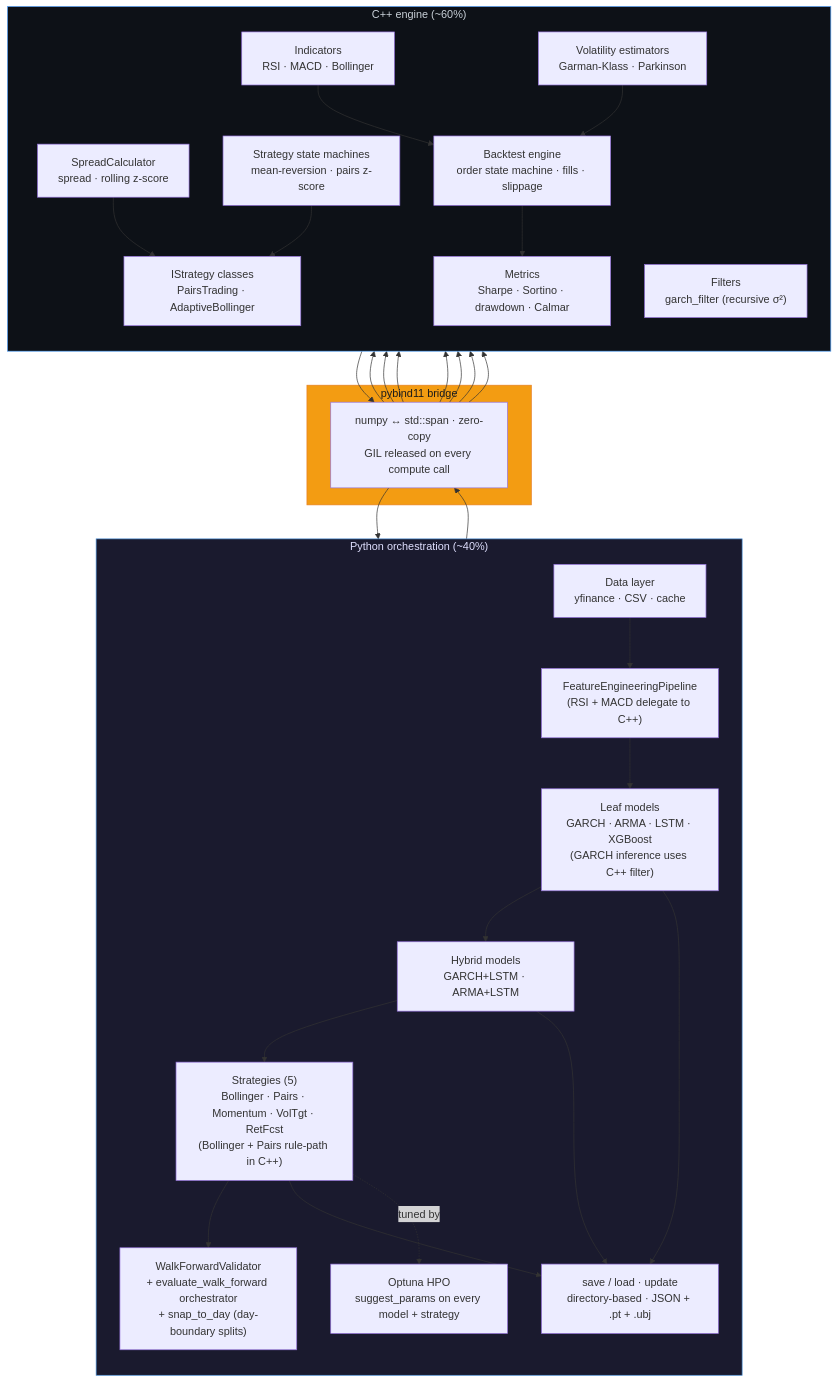
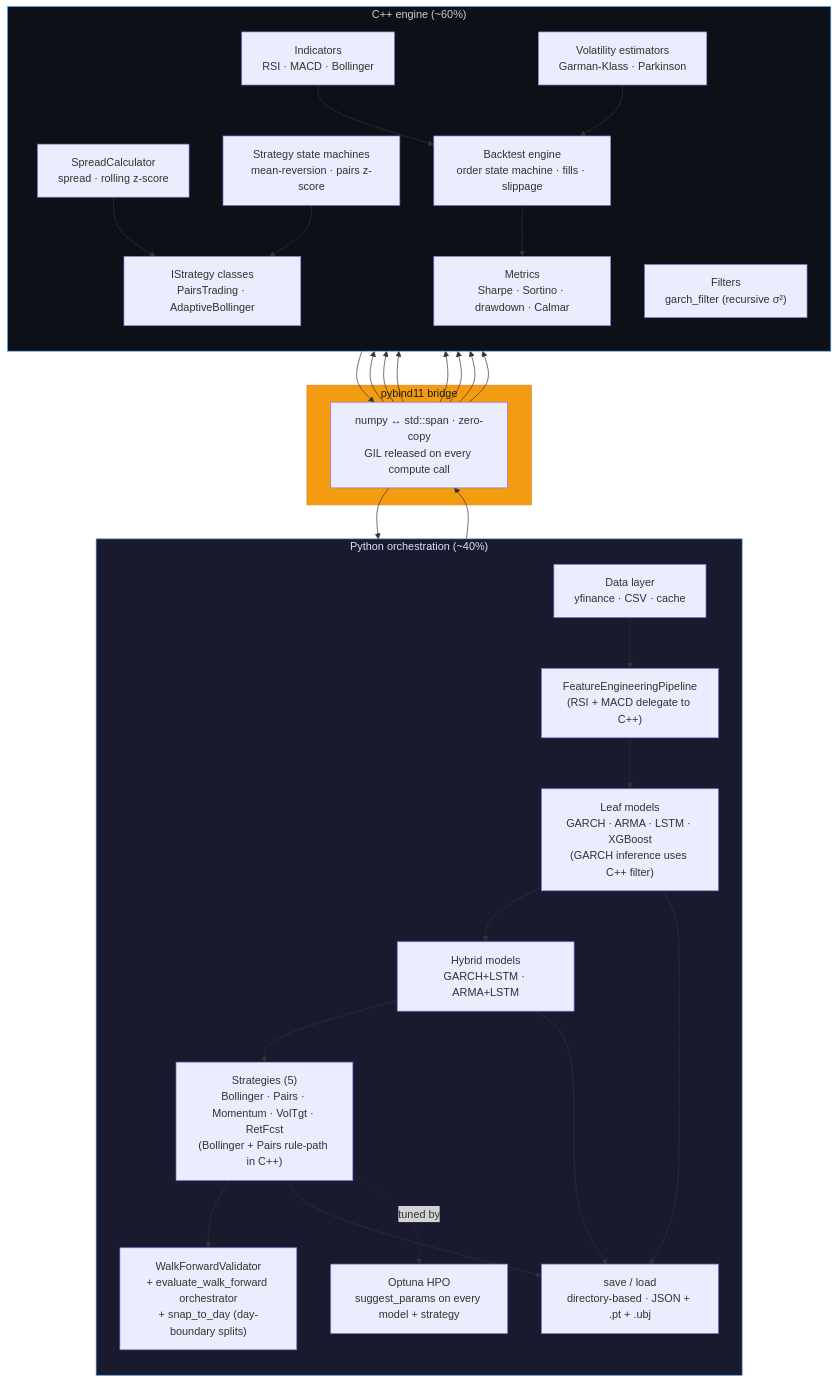
The first of 4 diagrams in README.md (Alextz307/quantforge), drawn with Mermaid before and after one commit. The commit also changed other lines of this file and 42 other files, not shown here.

````diff
--- a/README.md
+++ b/README.md
@@ -9,56 +9,56 @@
 ```mermaid
 graph TB
     subgraph py["Python orchestration (~40%)"]
         direction TB
         data["Data layer<br/>yfinance · CSV · cache"]
         feat["FeatureEngineeringPipeline<br/>(RSI + MACD delegate to C++)"]
         leaf["Leaf models<br/>GARCH · ARMA · LSTM · XGBoost<br/>(GARCH inference uses C++ filter)"]
         hyb["Hybrid models<br/>GARCH+LSTM · ARMA+LSTM"]
         strat["Strategies (5)<br/>Bollinger · Pairs · Momentum · VolTgt · RetFcst<br/>(Bollinger + Pairs rule-path in C++)"]
-        persist["save / load · update<br/>directory-based · JSON + .pt + .ubj"]
+        persist["save / load<br/>directory-based · JSON + .pt + .ubj"]
         wforch["WalkForwardValidator<br/>+ evaluate_walk_forward orchestrator<br/>+ snap_to_day (day-boundary splits)"]
         hpo["Optuna HPO<br/>suggest_params on every model + strategy"]
         data --> feat --> leaf --> hyb --> strat
         strat --> wforch
         strat --> persist
         leaf --> persist
         hyb --> persist
         strat -. tuned by .-> hpo
     end
 
     subgraph bridge["pybind11 bridge"]
         numpy["numpy ↔ std::span · zero-copy<br/>GIL released on every compute call"]
     end
 
     subgraph cpp["C++ engine (~60%)"]
         direction TB
         indicators["Indicators<br/>RSI · MACD · Bollinger"]
         voles["Volatility estimators<br/>Garman-Klass · Parkinson"]
         filters["Filters<br/>garch_filter (recursive σ²)"]
         smach["Strategy state machines<br/>mean-reversion · pairs z-score"]
         spreadc["SpreadCalculator<br/>spread · rolling z-score"]
         cppstrat["IStrategy classes<br/>PairsTrading · AdaptiveBollinger"]
         backtest["Backtest engine<br/>order state machine · fills · slippage"]
         metrics["Metrics<br/>Sharpe · Sortino · drawdown · Calmar"]
         indicators --> backtest
         voles --> backtest
         spreadc --> cppstrat
         smach --> cppstrat
         backtest --> metrics
     end
 
     wforch --> numpy
     numpy --> backtest
     numpy --> indicators
     numpy --> voles
     numpy --> filters
     numpy --> smach
     numpy --> spreadc
     numpy --> cppstrat
     metrics --> numpy
     numpy --> hpo
 
     style py fill:#1a1a2e,color:#e0e0ff,stroke:#4a90d9
     style bridge fill:#f39c12,color:#1a1a1a,stroke:#e67e22
     style cpp fill:#0d1117,color:#c9d1d9,stroke:#58a6ff
 ```
````
